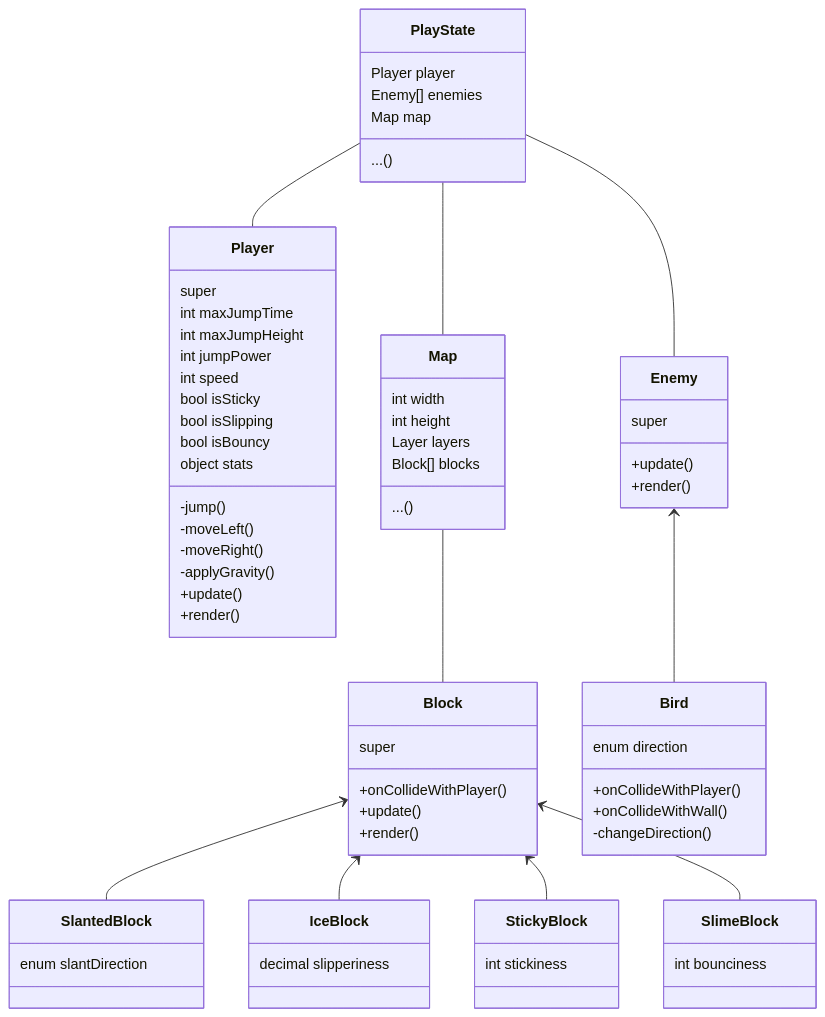
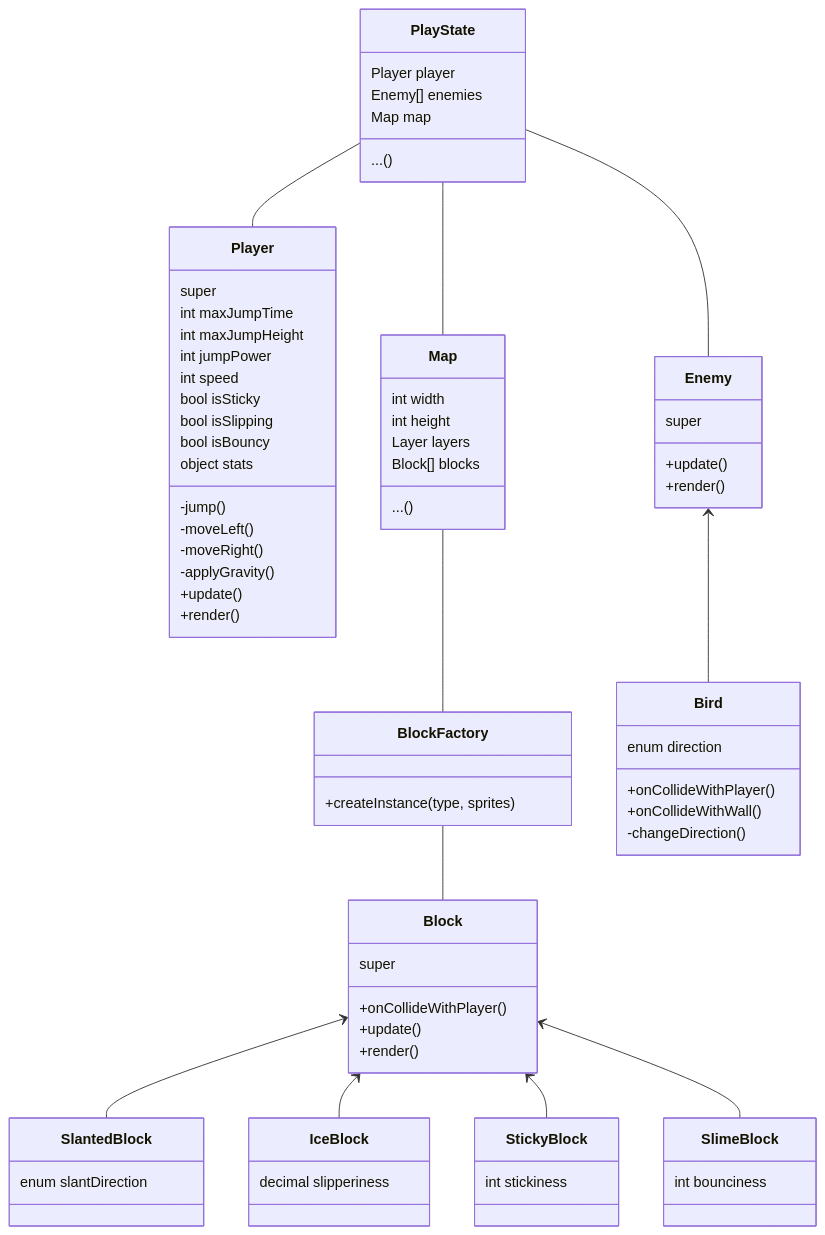
The third of 3 diagrams in README.md (Lynch-David/Viking-Game-Programming), drawn with Mermaid before and after one commit.

Commit message:
Added simple factory to handle Blocks in the readme diagram.

````diff
--- a/README.md
+++ b/README.md
@@ -81,72 +81,76 @@
 ```mermaid 
 classDiagram
     class PlayState {
         Player player
         Enemy[] enemies
         Map map
         ...()
     }
     class Player {
         super
         int maxJumpTime
         int maxJumpHeight
         int jumpPower
         int speed
         bool isSticky
         bool isSlipping
         bool isBouncy
         object stats
         -jump()
         -moveLeft()
         -moveRight()
         -applyGravity()
         +update()
         +render()
     }
     class Enemy {
         super
         +update()
         +render()
     }
     class Map{
         int width
         int height
         Layer layers
         Block[] blocks
         ...()
     }
+    class BlockFactory{
+        +createInstance(type, sprites)
+    }
     class SlantedBlock {
         enum slantDirection
     }
     Block <-- SlantedBlock
     class IceBlock {
         decimal slipperiness
     }
     Block <-- IceBlock
     class StickyBlock {
         int stickiness
     }
     Block <-- StickyBlock
     class SlimeBlock {
         int bounciness
     }
         
     class Block {
         super
         +onCollideWithPlayer()
         +update()
         +render()
     }
     class Bird {
         enum direction
         +onCollideWithPlayer()
         +onCollideWithWall()
         -changeDirection()
     }
     Enemy <-- Bird
     Block <-- SlimeBlock
     PlayState -- Player
     PlayState -- Enemy
     PlayState -- Map
-    Map -- Block
+    Map -- BlockFactory
+    BlockFactory -- Block
 ```
````
